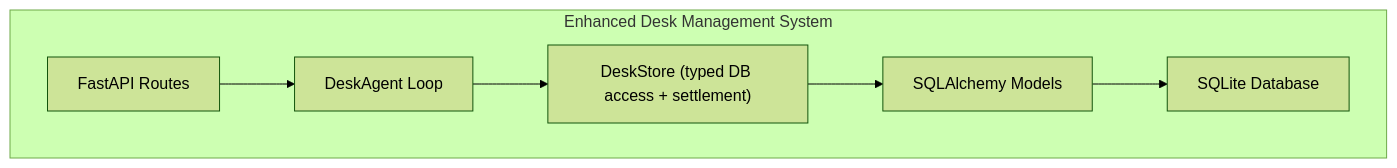
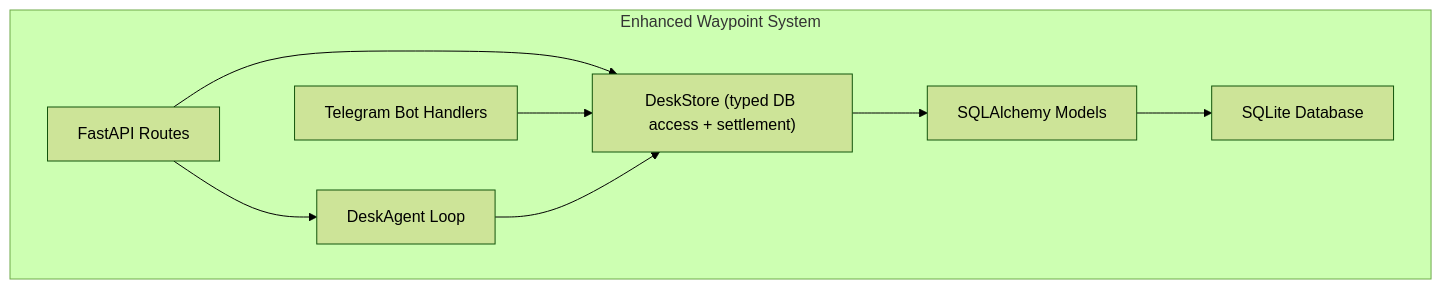
One commit to jaydonnnk/waypoint changed the first of 6 diagrams in .qoder/repowiki/en/content/Data Management/Database Schema Design.md. Above: the diagram before and after it, drawn with Mermaid (forest theme). The commit also changed other lines of this file and 14 other files, not shown here.

````diff
--- a/.qoder/repowiki/en/content/Data Management/Database Schema Design.md
+++ b/.qoder/repowiki/en/content/Data Management/Database Schema Design.md
@@ -46,14 +51,17 @@
 ```mermaid
 graph TB
-subgraph "Enhanced Desk Management System"
+subgraph "Enhanced Waypoint System"
 API["FastAPI Routes"]
 Agent["DeskAgent Loop"]
+Bot["Telegram Bot Handlers"]
 Store["DeskStore (typed DB access + settlement)"]
 DB["SQLite Database"]
 Schema["SQLAlchemy Models"]
 end
 API --> Agent
+API --> Store
+Bot --> Store
 Agent --> Store
 Store --> Schema
 Schema --> DB
 ```
````
